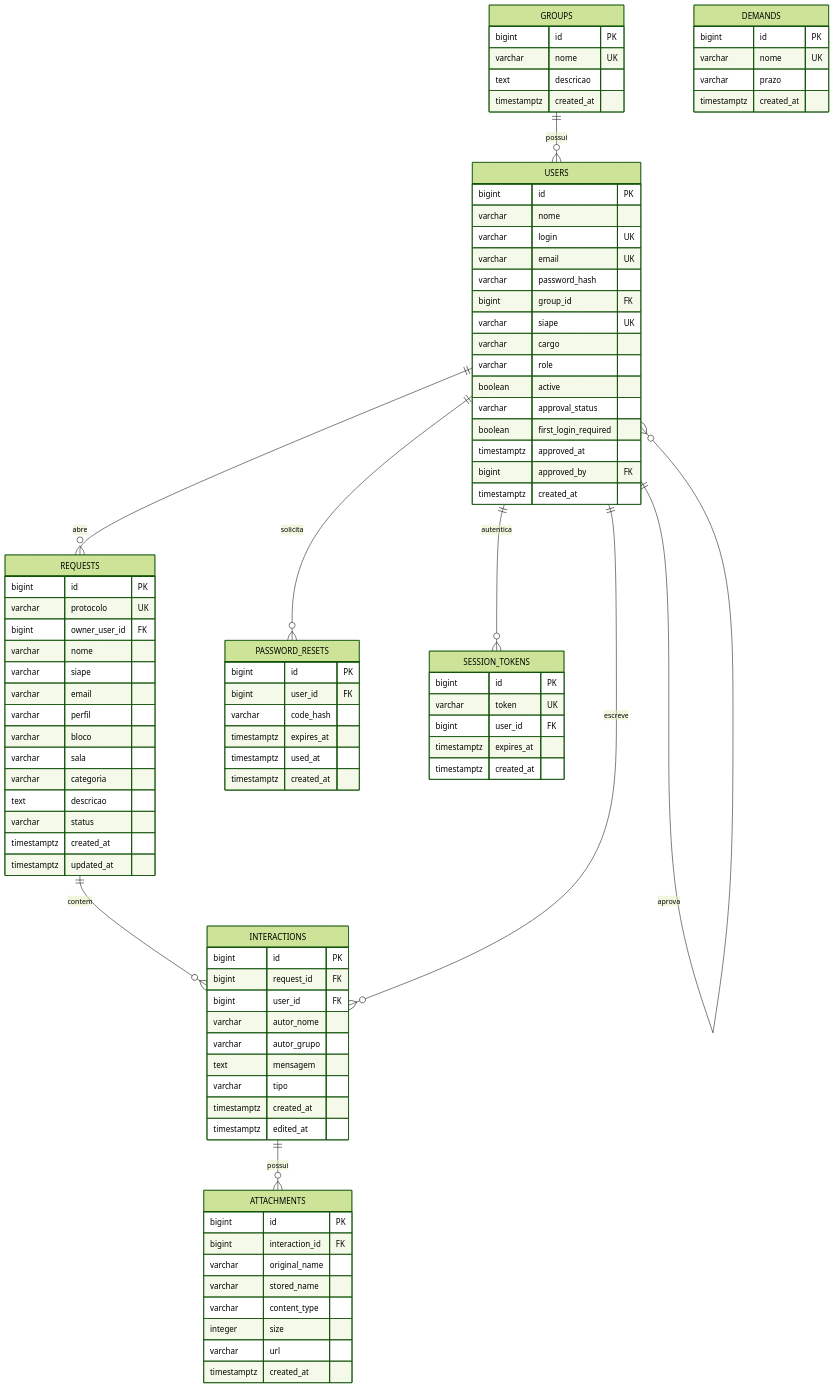
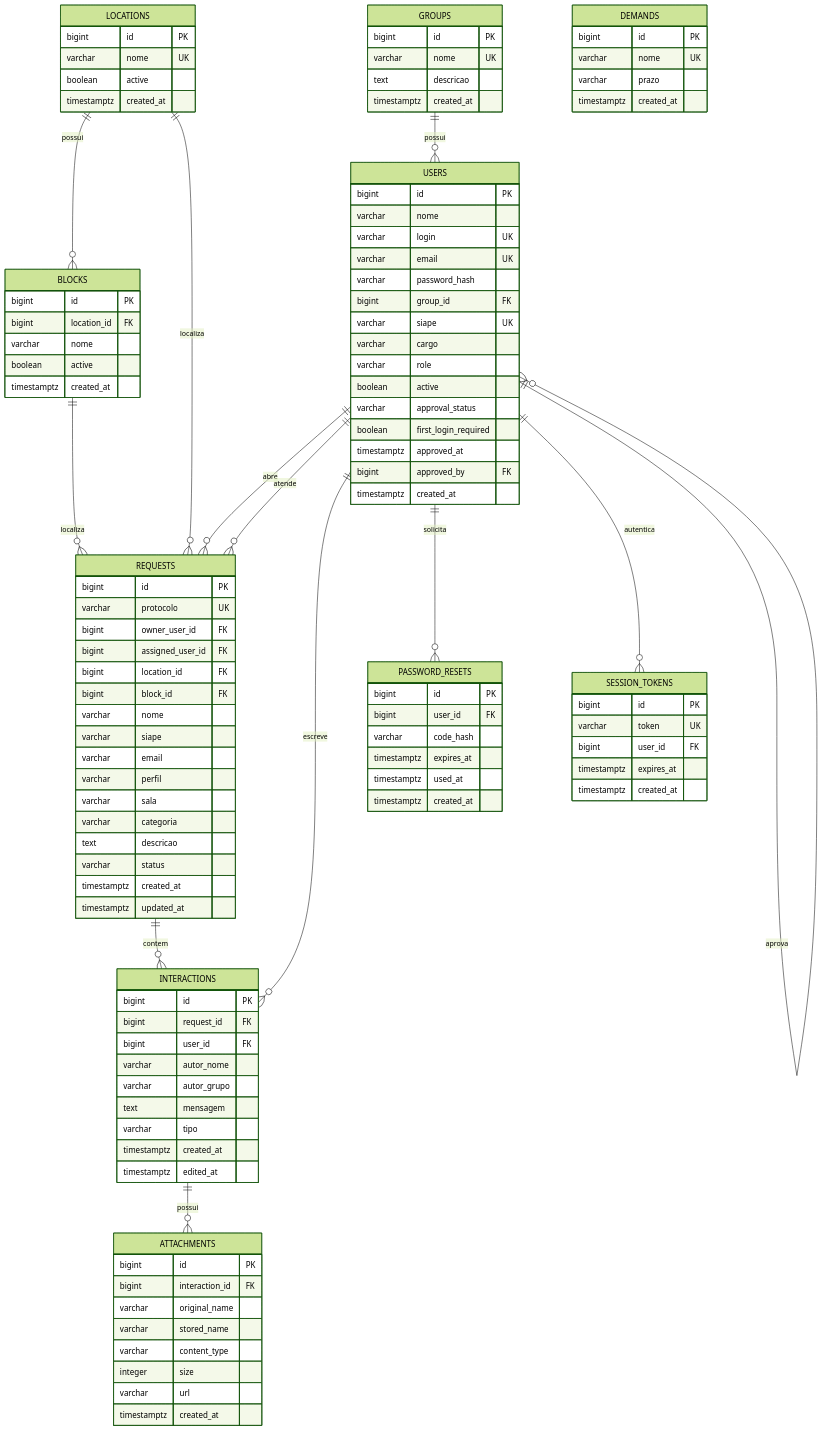
One commit to alexandreggoncalves/os_icet changed the diagram in doc/banco-de-dados.md. Above: the diagram before and after it, drawn with Mermaid (forest theme). The commit also changed other lines of this file and 9 other files, not shown here.

Commit message:
Store request locations and blocks as foreign keys

```diff
--- a/doc/banco-de-dados.md
+++ b/doc/banco-de-dados.md
@@ -18,6 +18,10 @@
 erDiagram
     GROUPS ||--o{ USERS : possui
     USERS ||--o{ REQUESTS : abre
+    USERS ||--o{ REQUESTS : atende
+    LOCATIONS ||--o{ BLOCKS : possui
+    LOCATIONS ||--o{ REQUESTS : localiza
+    BLOCKS ||--o{ REQUESTS : localiza
     REQUESTS ||--o{ INTERACTIONS : contem
     USERS ||--o{ INTERACTIONS : escreve
     INTERACTIONS ||--o{ ATTACHMENTS : possui
@@ -57,15 +61,32 @@
         timestamptz created_at
     }
 
+    LOCATIONS {
+        bigint id PK
+        varchar nome UK
+        boolean active
+        timestamptz created_at
+    }
+
+    BLOCKS {
+        bigint id PK
+        bigint location_id FK
+        varchar nome
+        boolean active
+        timestamptz created_at
+    }
+
     REQUESTS {
         bigint id PK
         varchar protocolo UK
         bigint owner_user_id FK
+        bigint assigned_user_id FK
+        bigint location_id FK
+        bigint block_id FK
         varchar nome
         varchar siape
         varchar email
         varchar perfil
-        varchar bloco
         varchar sala
         varchar categoria
         text descricao
```
